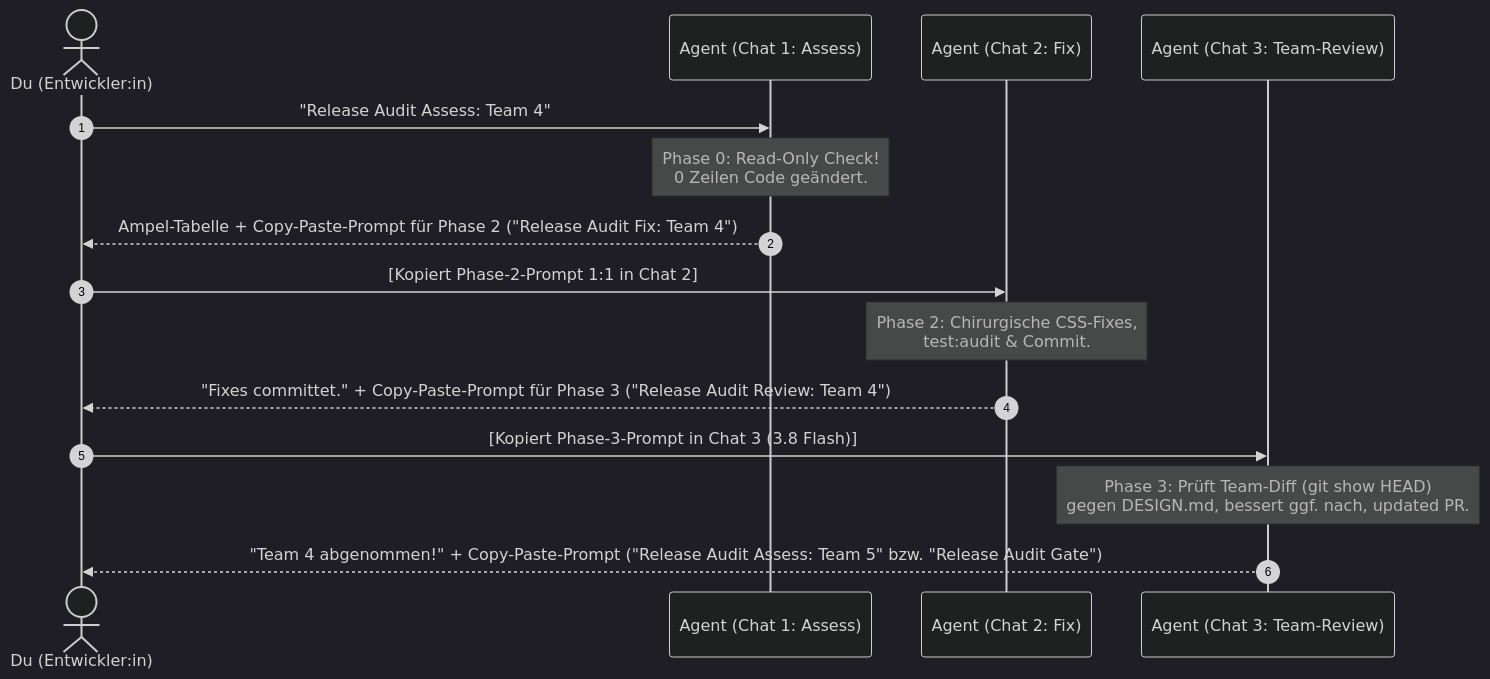
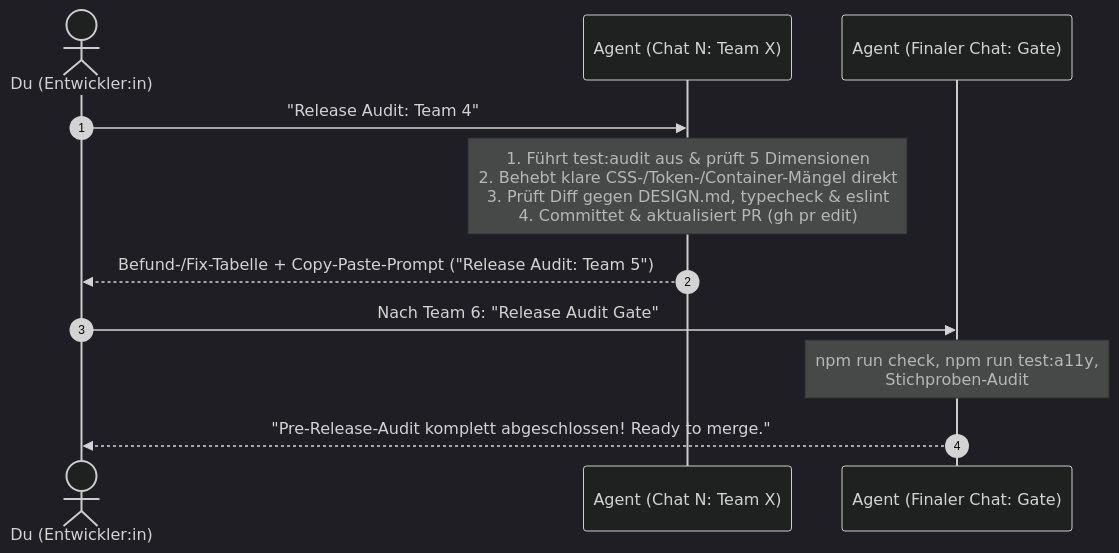
Before and after one commit to dmstern/reisotor: the second of 2 diagrams in docs/UI_AUDIT_GUIDE.md, drawn with Mermaid (dark theme). The commit also changed other lines of this file and 1 other file, not shown here.

Commit message:
docs(audit): streamline release audit to 1-chat-per-team workflow

````diff
--- a/docs/UI_AUDIT_GUIDE.md
+++ b/docs/UI_AUDIT_GUIDE.md
@@ -157,20 +156,15 @@
 ```mermaid
 sequenceDiagram
     autonumber
     actor Du as Du (Entwickler:in)
-    participant A as Agent (Chat 1: Assess)
-    participant B as Agent (Chat 2: Fix)
-    participant C as Agent (Chat 3: Team-Review)
+    participant A as Agent (Chat N: Team X)
+    participant G as Agent (Finaler Chat: Gate)
 
-    Du->>A: "Release Audit Assess: Team 4"
-    Note over A: Phase 0: Read-Only Check!<br/>0 Zeilen Code geändert.
-    A-->>Du: Ampel-Tabelle + Copy-Paste-Prompt für Phase 2 ("Release Audit Fix: Team 4")
+    Du->>A: "Release Audit: Team 4"
+    Note over A: 1. Führt test:audit aus & prüft 5 Dimensionen<br/>2. Behebt klare CSS-/Token-/Container-Mängel direkt<br/>3. Prüft Diff gegen DESIGN.md, typecheck & eslint<br/>4. Committet & aktualisiert PR (gh pr edit)
+    A-->>Du: Befund-/Fix-Tabelle + Copy-Paste-Prompt ("Release Audit: Team 5")
 
-    Du->>B: [Kopiert Phase-2-Prompt 1:1 in Chat 2]
-    Note over B: Phase 2: Chirurgische CSS-Fixes,<br/>test:audit & Commit.
-    B-->>Du: "Fixes committet." + Copy-Paste-Prompt für Phase 3 ("Release Audit Review: Team 4")
-
-    Du->>C: [Kopiert Phase-3-Prompt in Chat 3 (3.8 Flash)]
-    Note over C: Phase 3: Prüft Team-Diff (git show HEAD)<br/>gegen DESIGN.md, bessert ggf. nach, updated PR.
-    C-->>Du: "Team 4 abgenommen!" + Copy-Paste-Prompt ("Release Audit Assess: Team 5" bzw. "Release Audit Gate")
+    Du->>G: Nach Team 6: "Release Audit Gate"
+    Note over G: npm run check, npm run test:a11y,<br/>Stichproben-Audit
+    G-->>Du: "Pre-Release-Audit komplett abgeschlossen! Ready to merge."
 ```
````
